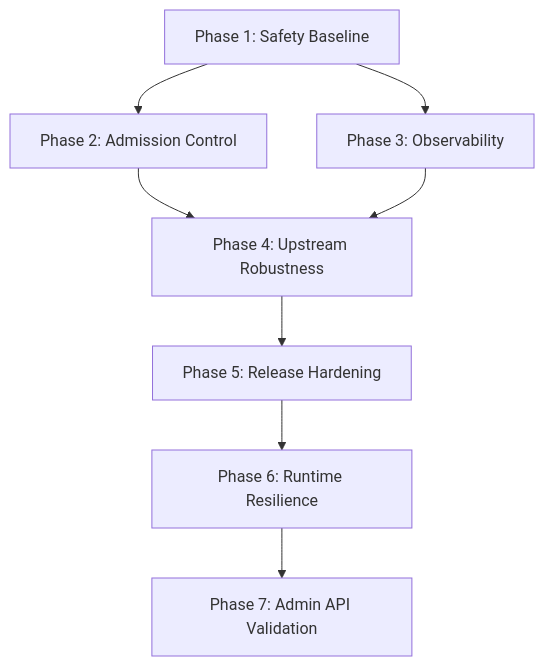
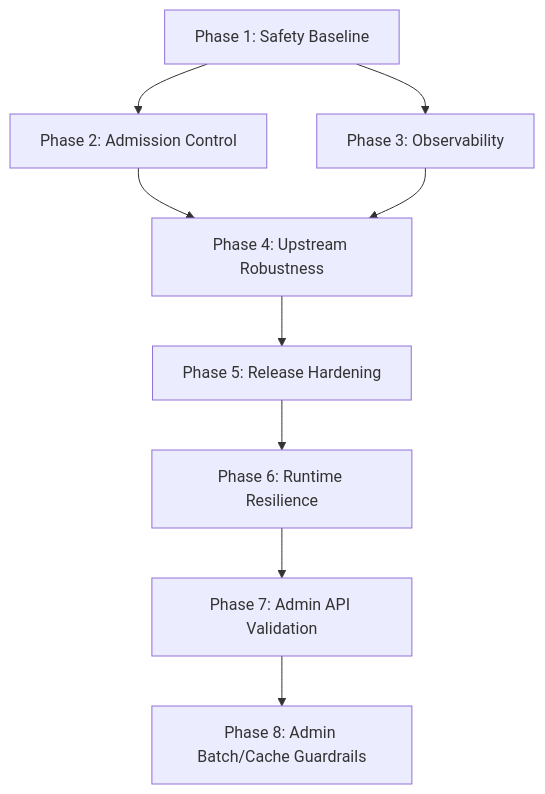
Before and after one commit to DeliciousBuding/grok2api: the diagram in docs/plan/dependency-graph.md, drawn with Mermaid. The commit also changed other lines of this file and 11 other files, not shown here.

Commit message:
Harden admin batch and cache guardrails

````diff
--- a/docs/plan/dependency-graph.md
+++ b/docs/plan/dependency-graph.md
@@ -5,10 +5,11 @@
 ```mermaid
 graph TD
   P1["Phase 1: Safety Baseline"] --> P2["Phase 2: Admission Control"]
   P1 --> P3["Phase 3: Observability"]
   P2 --> P4["Phase 4: Upstream Robustness"]
   P3 --> P4
   P4 --> P5["Phase 5: Release Hardening"]
   P5 --> P6["Phase 6: Runtime Resilience"]
   P6 --> P7["Phase 7: Admin API Validation"]
+  P7 --> P8["Phase 8: Admin Batch/Cache Guardrails"]
 ```
````
